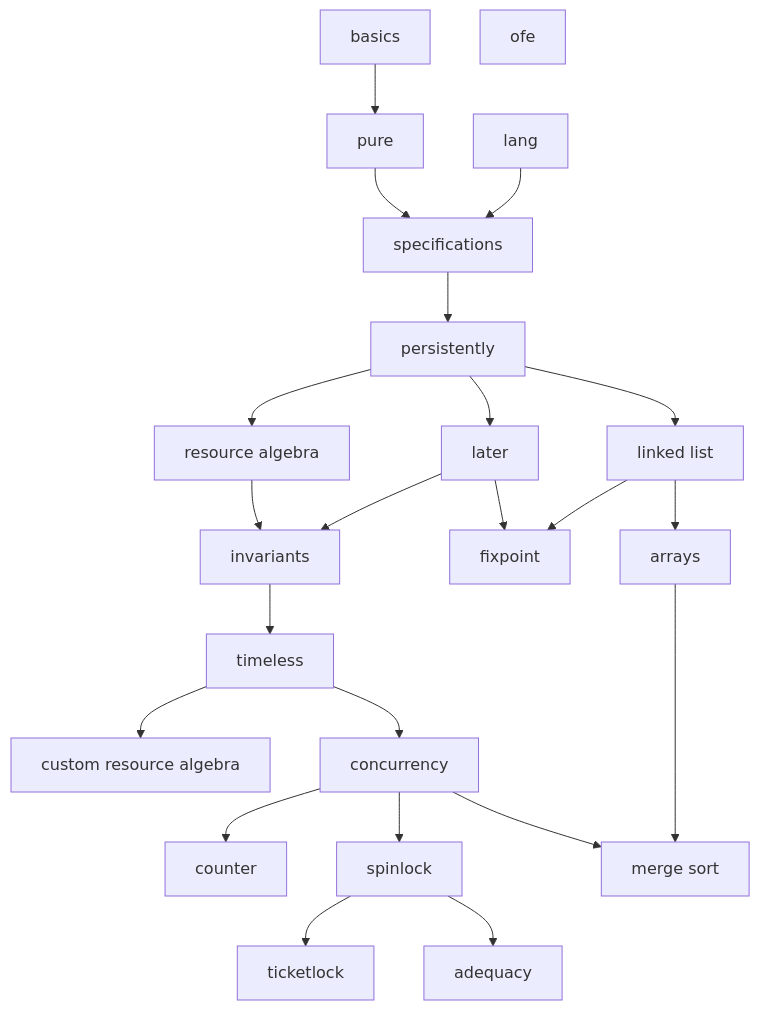
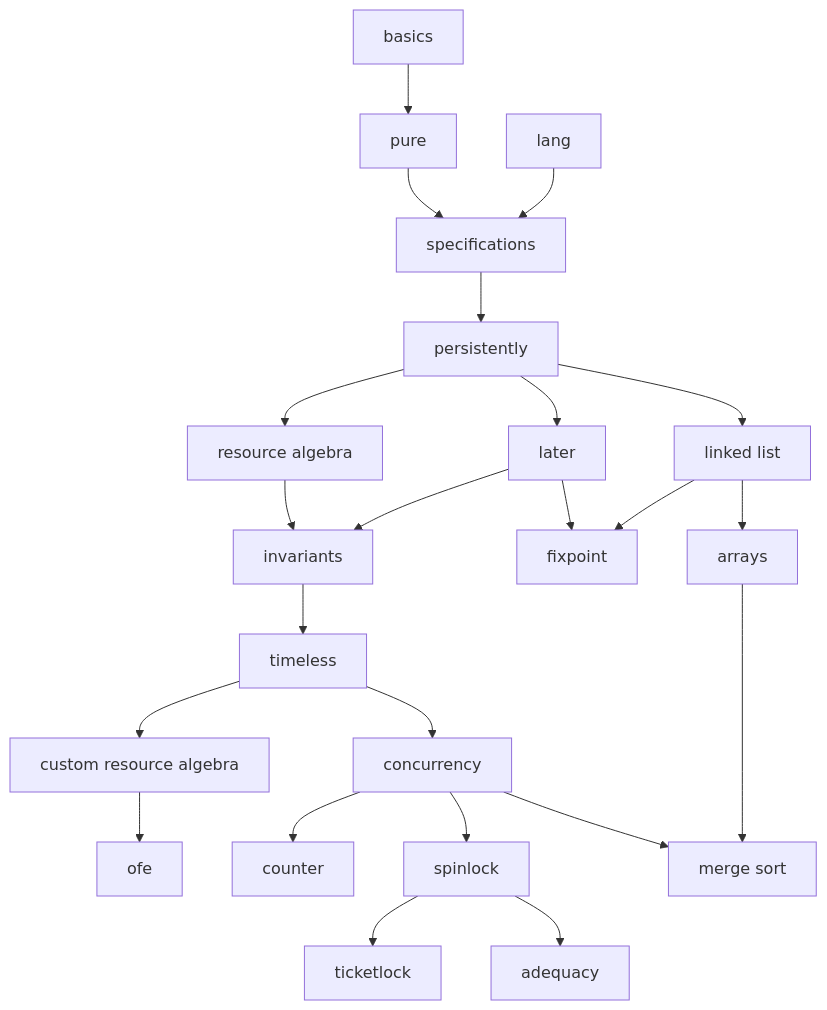
One commit to logsem/iris-tutorial changed the diagram in graph.md. Above: the diagram before and after it, drawn with Mermaid. The commit also changed 5 other files, not shown here.

Commit message:
Fleshed out structure of resource_algebra. Updated dependency graph. Clarifications in invariaints.

````diff
--- a/graph.md
+++ b/graph.md
@@ -1,29 +1,34 @@
 ```mermaid
 graph TD;
   basics --> pure;
   pure --> specs[specifications];
   lang --> specs;
   specs --> pers[persistently];
   pers -->  ra[resource algebra];
   pers --> later;
   pers --> linklist[linked list];
-  later --> invariants;
-  later --> fix;
 
   ra --> invariants;
+
+  later --> invariants;
+  later --> fix[fixpoint];
+
+  linklist --> fix;
+  linklist --> arrays;
+  
   invariants --> timeless;
+
+  arrays --> merge[merge sort];
+
   timeless --> cst_ra[custom resource algebra];
   timeless --> conc[concurrency];
-  
+
+  cst_ra --> ofe;
+
   conc --> counter;
   conc --> spinlock;
-    spinlock --> ticketlock;
-    spinlock --> adequacy;
+  conc --> merge;
 
-  linklist --> fix[fixpoint];
-  linklist --> arrays;
-
-  conc --> merge;
-  arrays --> merge[merge sort];
-  ofe;
+  spinlock --> ticketlock;
+  spinlock --> adequacy;
 ```
````
